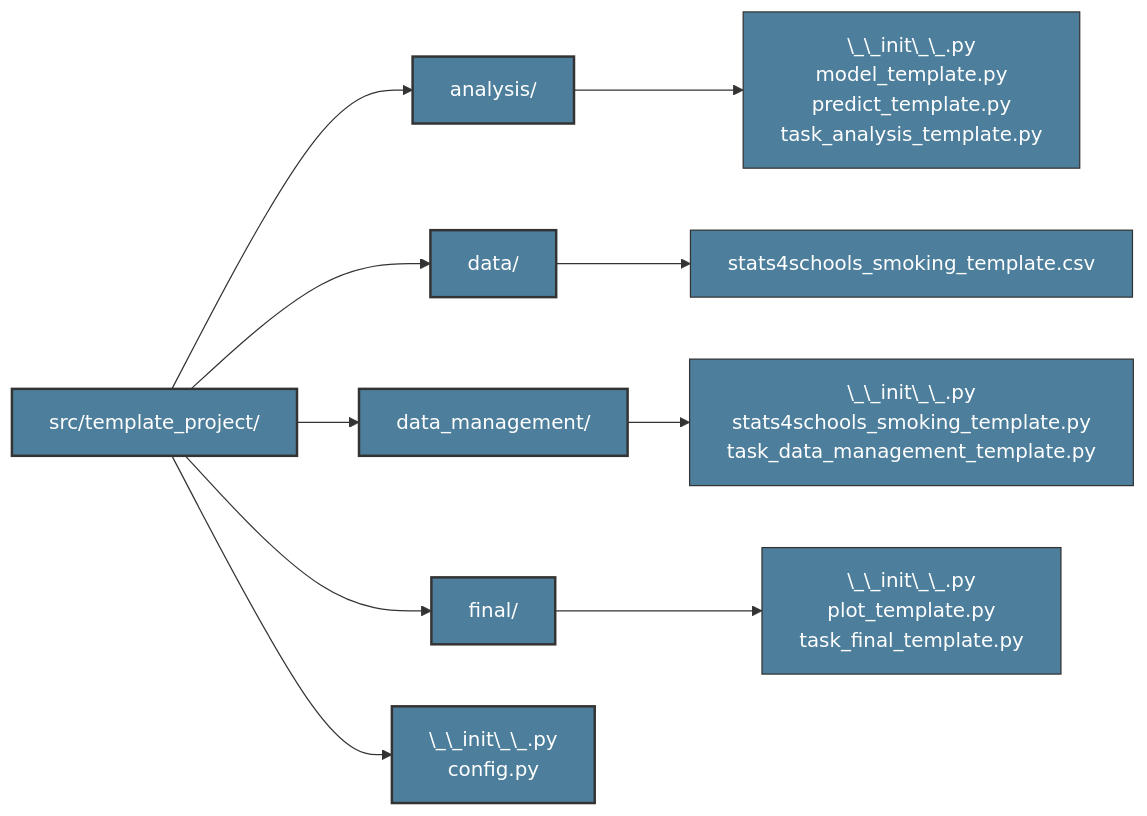
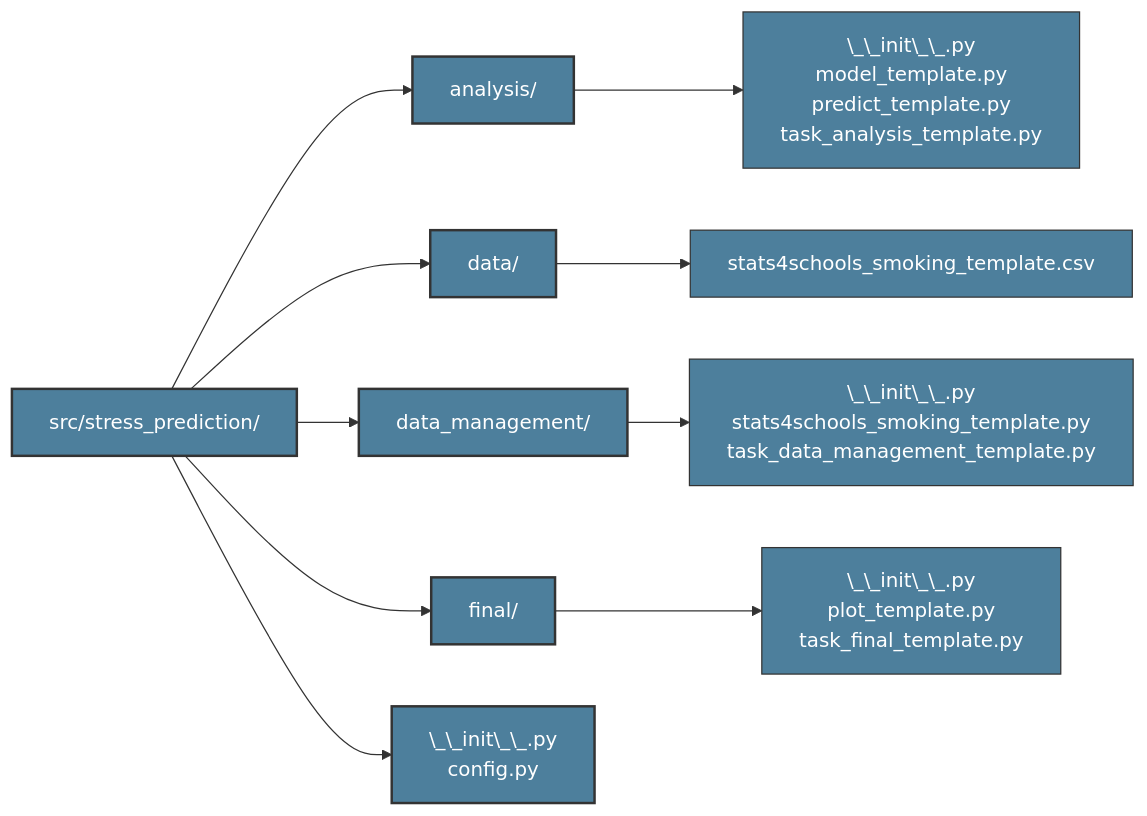
The second of 2 diagrams in docs_template/source/background/directory_structure.md (HuseinHaji/Projects), drawn with Mermaid before and after one commit. The commit also changed other lines of this file and 32 other files, not shown here.

Commit message:
Rename project slug to stress_prediction and update src directory.

````diff
--- a/docs_template/source/background/directory_structure.md
+++ b/docs_template/source/background/directory_structure.md
@@ -147,37 +147,37 @@
 ```{mermaid}
 flowchart LR
-    Root["src/template_project/"]
+    Root["src/stress_prediction/"]
 
     Analysis["analysis/"]
     Data["data/"]
     DataMgmt["data_management/"]
     Final["final/"]
     Config["\_\_init\_\_.py<br/>config.py"]
 
     AnalysisFiles["\_\_init\_\_.py<br/>model_template.py<br/>predict_template.py<br/>task_analysis_template.py"]
     DataFiles["stats4schools_smoking_template.csv"]
     DataMgmtFiles["\_\_init\_\_.py<br/>stats4schools_smoking_template.py<br/>task_data_management_template.py"]
     FinalFiles["\_\_init\_\_.py<br/>plot_template.py<br/>task_final_template.py"]
 
     Root --> Analysis
     Root --> Data
     Root --> DataMgmt
     Root --> Final
     Root --> Config
 
     Analysis --> AnalysisFiles
     Data --> DataFiles
     DataMgmt --> DataMgmtFiles
     Final --> FinalFiles
 
     style Root fill:#4d7f9c,stroke:#333,stroke-width:2px,color:#fff
     style Analysis fill:#4d7f9c,stroke:#333,stroke-width:2px,color:#fff
     style Data fill:#4d7f9c,stroke:#333,stroke-width:2px,color:#fff
     style DataMgmt fill:#4d7f9c,stroke:#333,stroke-width:2px,color:#fff
     style Final fill:#4d7f9c,stroke:#333,stroke-width:2px,color:#fff
     style Config fill:#4d7f9c,stroke:#333,stroke-width:2px,color:#fff
     style AnalysisFiles fill:#4d7f9c,stroke:#333,stroke-width:1px,color:#fff
     style DataFiles fill:#4d7f9c,stroke:#333,stroke-width:1px,color:#fff
     style DataMgmtFiles fill:#4d7f9c,stroke:#333,stroke-width:1px,color:#fff
     style FinalFiles fill:#4d7f9c,stroke:#333,stroke-width:1px,color:#fff
 ```
````
